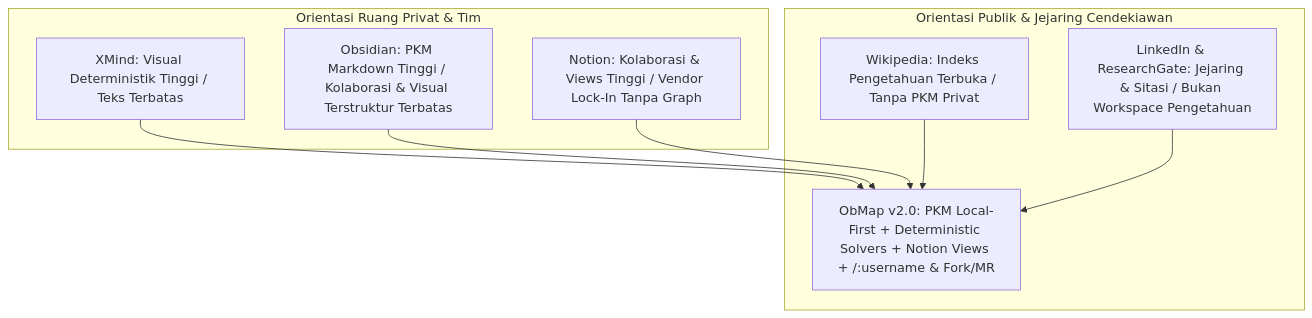
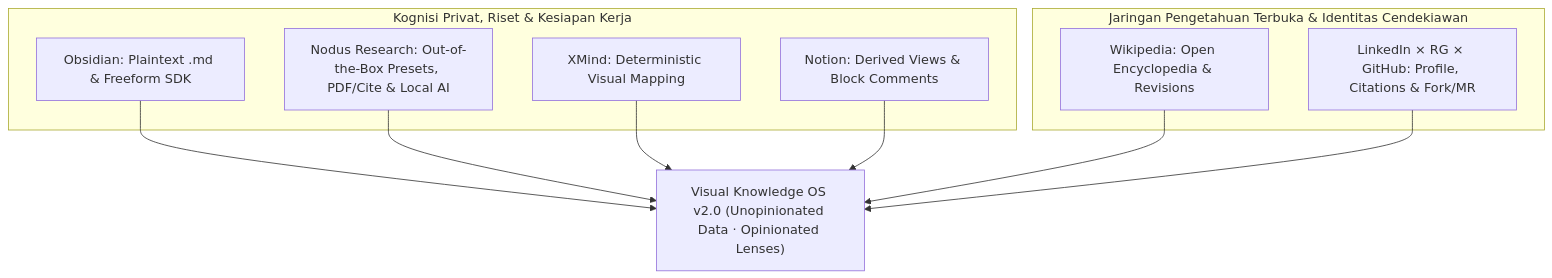
Before and after one commit to mjd-code/obmap-meed: the diagram in docs/01-visions/positioning.md, drawn with Mermaid. The commit also changed other lines of this file and 48 other files, not shown here.

````diff
--- a/docs/01-visions/positioning.md
+++ b/docs/01-visions/positioning.md
@@ -29,18 +30,20 @@
 ```mermaid
 flowchart TD
-    subgraph PRIVATE ["Orientasi Ruang Privat & Tim"]
-        XM["XMind: Visual Deterministik Tinggi / Teks Terbatas"]
-        OBS["Obsidian: PKM Markdown Tinggi / Kolaborasi & Visual Terstruktur Terbatas"]
-        NOT["Notion: Kolaborasi & Views Tinggi / Vendor Lock-In Tanpa Graph"]
+    subgraph PRIVATE ["Kognisi Privat, Riset & Kesiapan Kerja"]
+        OBS["Obsidian: Plaintext .md & Freeform SDK"]
+        NOD["Nodus Research: Out-of-the-Box Presets, PDF/Cite & Local AI"]
+        XM["XMind: Deterministic Visual Mapping"]
+        NOT["Notion: Derived Views & Block Comments"]
     end
-    subgraph PUBLIC ["Orientasi Publik & Jejaring Cendekiawan"]
-        WIK["Wikipedia: Indeks Pengetahuan Terbuka / Tanpa PKM Privat"]
-        LRG["LinkedIn & ResearchGate: Jejaring & Sitasi / Bukan Workspace Pengetahuan"]
-        OBM["ObMap v2.0: PKM Local-First + Deterministic Solvers + Notion Views + /:username & Fork/MR"]
+    subgraph PUBLIC ["Jaringan Pengetahuan Terbuka & Identitas Cendekiawan"]
+        WIK["Wikipedia: Open Encyclopedia & Revisions"]
+        LRG["LinkedIn × RG × GitHub: Profile, Citations & Fork/MR"]
     end
-    XM --> OBM
-    OBS --> OBM
-    NOT --> OBM
-    WIK --> OBM
-    LRG --> OBM
+    SYS["Visual Knowledge OS v2.0 (Unopinionated Data · Opinionated Lenses)"]
+    OBS --> SYS
+    NOD --> SYS
+    XM --> SYS
+    NOT --> SYS
+    WIK --> SYS
+    LRG --> SYS
 ```
````
